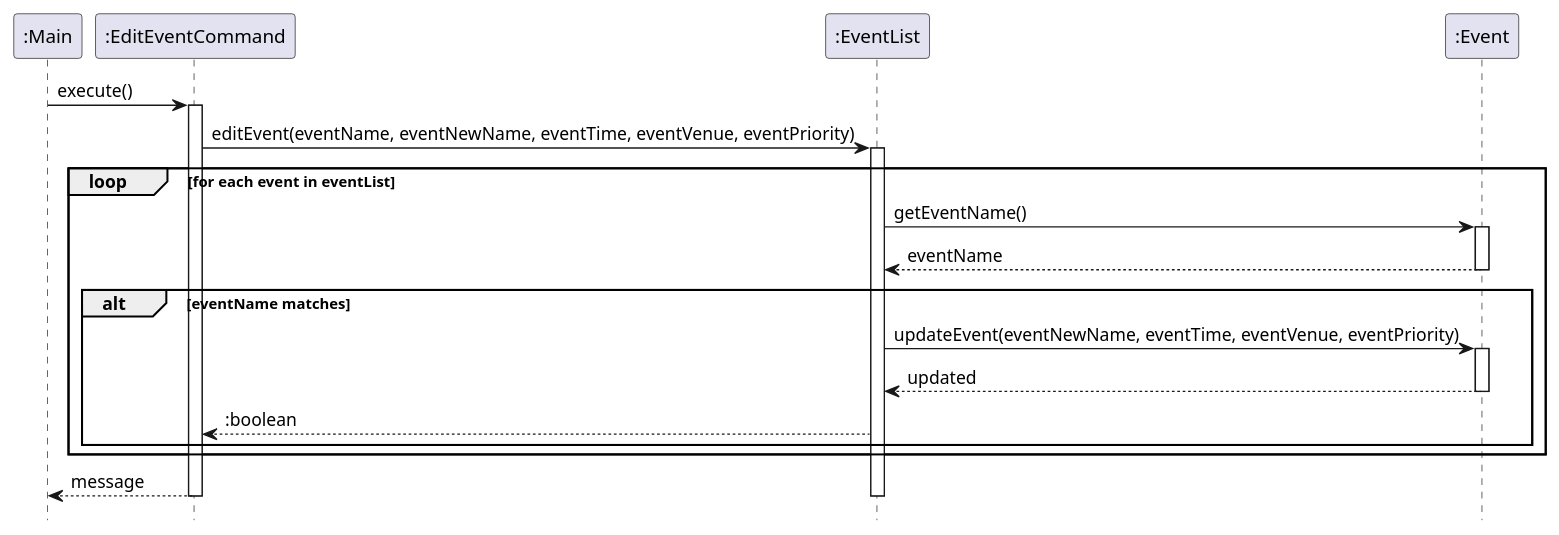
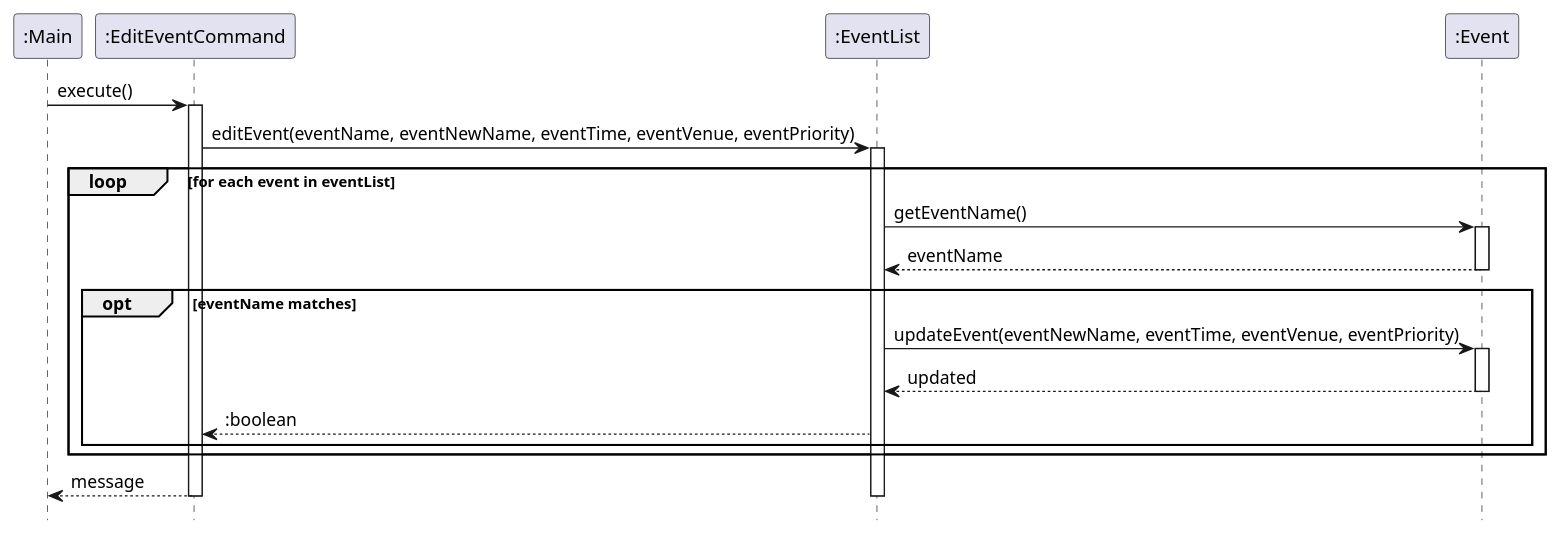
One commit to nus-cs2113-AY2425S1/tp changed the diagram in docs/diagrams/EditEventCommandSequenceDiagram.puml. Above: the diagram before and after it, drawn with PlantUML. The commit also changed 6 other files, not shown here.

```diff
--- a/docs/diagrams/EditEventCommandSequenceDiagram.puml
+++ b/docs/diagrams/EditEventCommandSequenceDiagram.puml
@@ -1,34 +1,34 @@
 @startuml
 hide footbox
 
 participant ":Main" as main
 participant ":EditEventCommand" as editCommand
 participant ":EventList" as eventList
 participant ":Event" as event
 
 main -> editCommand : execute()
 activate editCommand
 
 editCommand -> eventList : editEvent(eventName, eventNewName, eventTime, eventVenue, eventPriority)
 activate eventList
 
 loop for each event in eventList
     eventList -> event : getEventName()
     activate event
     event --> eventList : eventName
     deactivate event
 
-    alt eventName matches
+    opt eventName matches
         eventList -> event : updateEvent(eventNewName, eventTime, eventVenue, eventPriority)
         activate event
         event --> eventList : updated
         deactivate event
         eventList --> editCommand : :boolean
     end
 
 end
 
 editCommand --> main : message
 deactivate eventList
 deactivate editCommand
 @enduml
```
